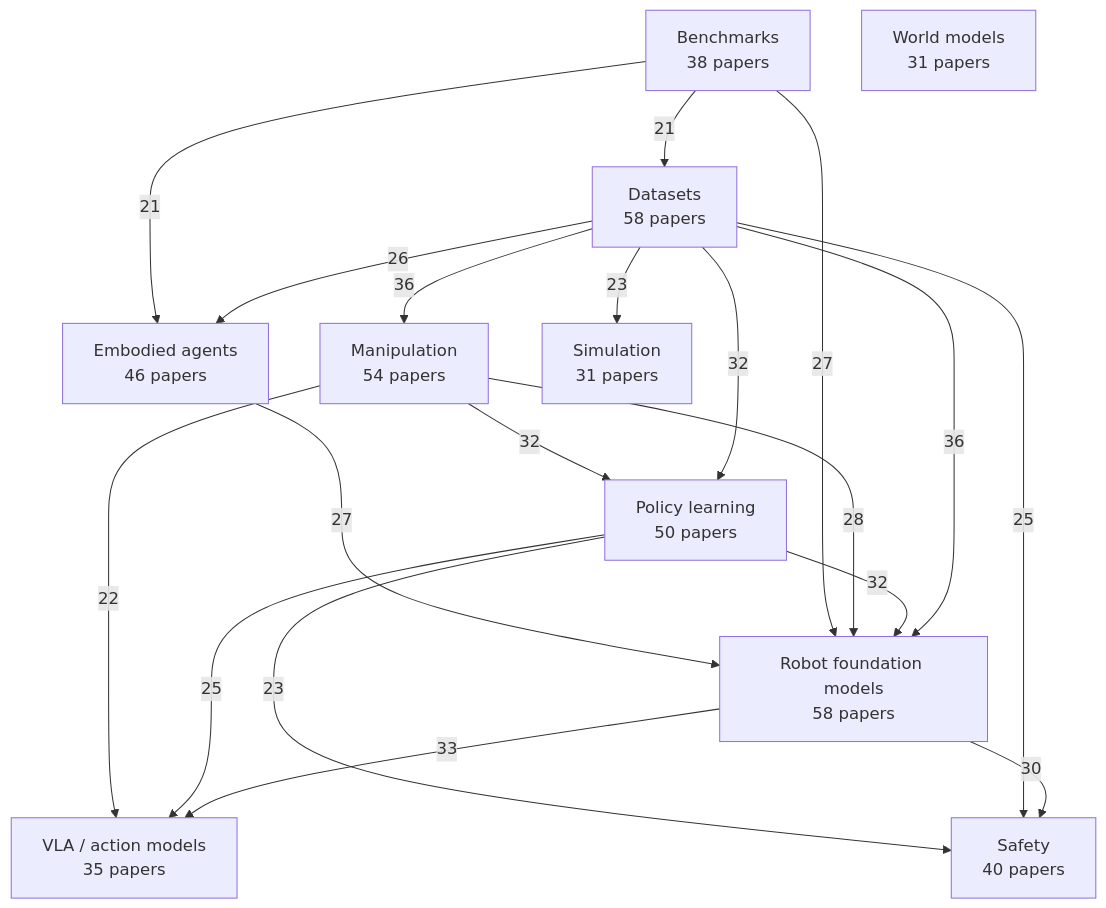
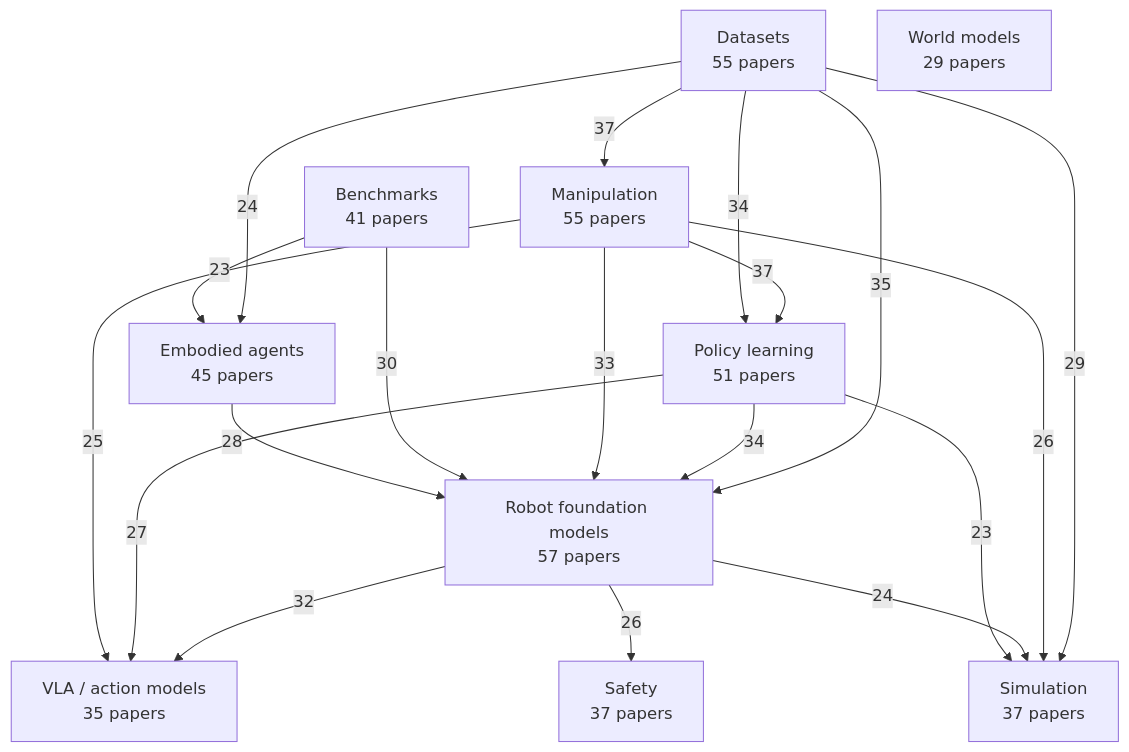
The diagram in README.md (EvanLyu732/cursor), drawn with Mermaid before and after one commit. The commit also changed other lines of this file, not shown here.

Commit message:
docs: update papers for june 26

````diff
--- a/README.md
+++ b/README.md
@@ -32,31 +32,31 @@
 ```mermaid
 graph TD
-  idea_datasets["Datasets<br/>58 papers"]
-  idea_robot_foundation_models["Robot foundation models<br/>58 papers"]
-  idea_manipulation["Manipulation<br/>54 papers"]
-  idea_policy_learning["Policy learning<br/>50 papers"]
-  idea_embodied_agents["Embodied agents<br/>46 papers"]
-  idea_safety["Safety<br/>40 papers"]
-  idea_benchmarks["Benchmarks<br/>38 papers"]
+  idea_robot_foundation_models["Robot foundation models<br/>57 papers"]
+  idea_datasets["Datasets<br/>55 papers"]
+  idea_manipulation["Manipulation<br/>55 papers"]
+  idea_policy_learning["Policy learning<br/>51 papers"]
+  idea_embodied_agents["Embodied agents<br/>45 papers"]
+  idea_benchmarks["Benchmarks<br/>41 papers"]
+  idea_simulation["Simulation<br/>37 papers"]
+  idea_safety["Safety<br/>37 papers"]
   idea_vla_action_models["VLA / action models<br/>35 papers"]
-  idea_simulation["Simulation<br/>31 papers"]
-  idea_world_models["World models<br/>31 papers"]
-  idea_datasets -- 36 --> idea_manipulation
-  idea_datasets -- 36 --> idea_robot_foundation_models
-  idea_robot_foundation_models -- 33 --> idea_vla_action_models
-  idea_datasets -- 32 --> idea_policy_learning
-  idea_manipulation -- 32 --> idea_policy_learning
-  idea_policy_learning -- 32 --> idea_robot_foundation_models
-  idea_robot_foundation_models -- 30 --> idea_safety
-  idea_manipulation -- 28 --> idea_robot_foundation_models
-  idea_benchmarks -- 27 --> idea_robot_foundation_models
-  idea_embodied_agents -- 27 --> idea_robot_foundation_models
-  idea_datasets -- 26 --> idea_embodied_agents
-  idea_datasets -- 25 --> idea_safety
-  idea_policy_learning -- 25 --> idea_vla_action_models
-  idea_datasets -- 23 --> idea_simulation
-  idea_policy_learning -- 23 --> idea_safety
-  idea_manipulation -- 22 --> idea_vla_action_models
-  idea_benchmarks -- 21 --> idea_datasets
-  idea_benchmarks -- 21 --> idea_embodied_agents
+  idea_world_models["World models<br/>29 papers"]
+  idea_datasets -- 37 --> idea_manipulation
+  idea_manipulation -- 37 --> idea_policy_learning
+  idea_datasets -- 35 --> idea_robot_foundation_models
+  idea_datasets -- 34 --> idea_policy_learning
+  idea_policy_learning -- 34 --> idea_robot_foundation_models
+  idea_manipulation -- 33 --> idea_robot_foundation_models
+  idea_robot_foundation_models -- 32 --> idea_vla_action_models
+  idea_benchmarks -- 30 --> idea_robot_foundation_models
+  idea_datasets -- 29 --> idea_simulation
+  idea_embodied_agents -- 28 --> idea_robot_foundation_models
+  idea_policy_learning -- 27 --> idea_vla_action_models
+  idea_manipulation -- 26 --> idea_simulation
+  idea_robot_foundation_models -- 26 --> idea_safety
+  idea_manipulation -- 25 --> idea_vla_action_models
+  idea_datasets -- 24 --> idea_embodied_agents
+  idea_robot_foundation_models -- 24 --> idea_simulation
+  idea_policy_learning -- 23 --> idea_simulation
+  idea_benchmarks -- 23 --> idea_embodied_agents
 ```
````
